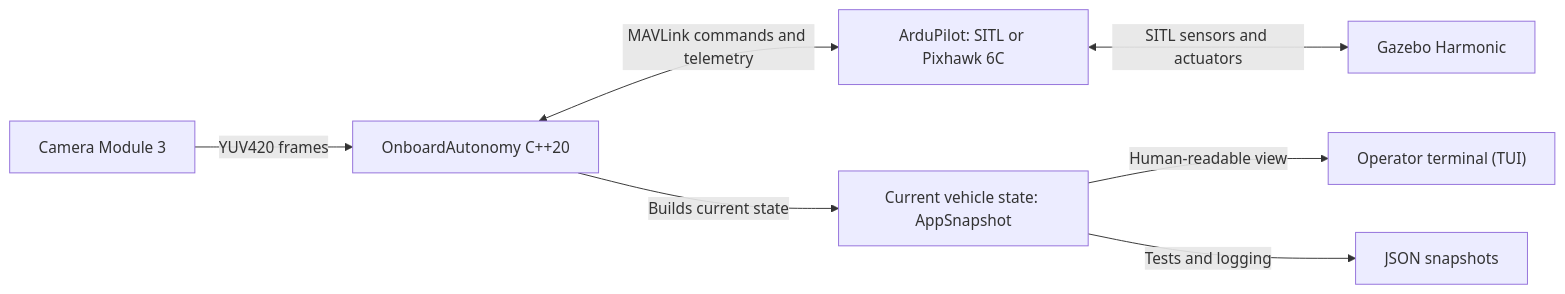
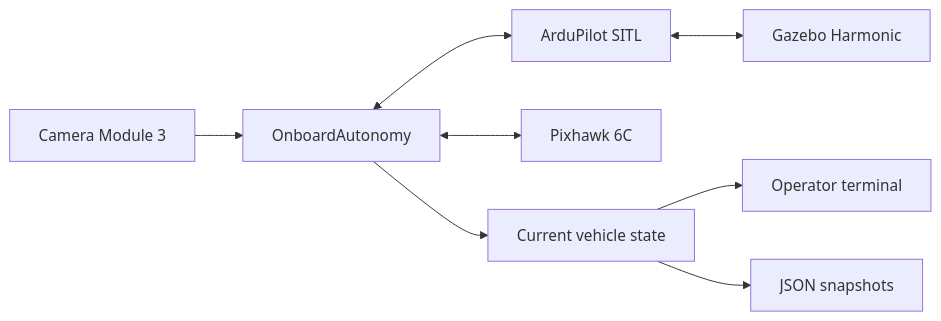
The diagram in README.md (matemink/CompanionLab), drawn with Mermaid before and after one commit. The commit also changed other lines of this file, not shown here.

Commit message:
Simplify README system overview
Remove edge labels and show only the real component topology: Camera Module 3, OnboardAutonomy, SITL, Pixhawk, Gazebo, current state, terminal, and JSON snapshots.

````diff
--- a/README.md
+++ b/README.md
@@ -19,9 +19,10 @@
 ```mermaid
 flowchart LR
-    Camera["Camera Module 3"] -->|"YUV420 frames"| Runtime["OnboardAutonomy C++20"]
-    Runtime <-->|"MAVLink commands and telemetry"| ArduPilot["ArduPilot: SITL or Pixhawk 6C"]
-    ArduPilot <-->|"SITL sensors and actuators"| Gazebo["Gazebo Harmonic"]
-    Runtime -->|"Builds current state"| Snapshot["Current vehicle state: AppSnapshot"]
-    Snapshot -->|"Human-readable view"| Console["Operator terminal (TUI)"]
-    Snapshot -->|"Tests and logging"| JSON["JSON snapshots"]
+    Camera["Camera Module 3"] --> Runtime["OnboardAutonomy"]
+    Runtime <--> SITL["ArduPilot SITL"]
+    Runtime <--> Pixhawk["Pixhawk 6C"]
+    SITL <--> Gazebo["Gazebo Harmonic"]
+    Runtime --> State["Current vehicle state"]
+    State --> Console["Operator terminal"]
+    State --> JSON["JSON snapshots"]
 ```
````
